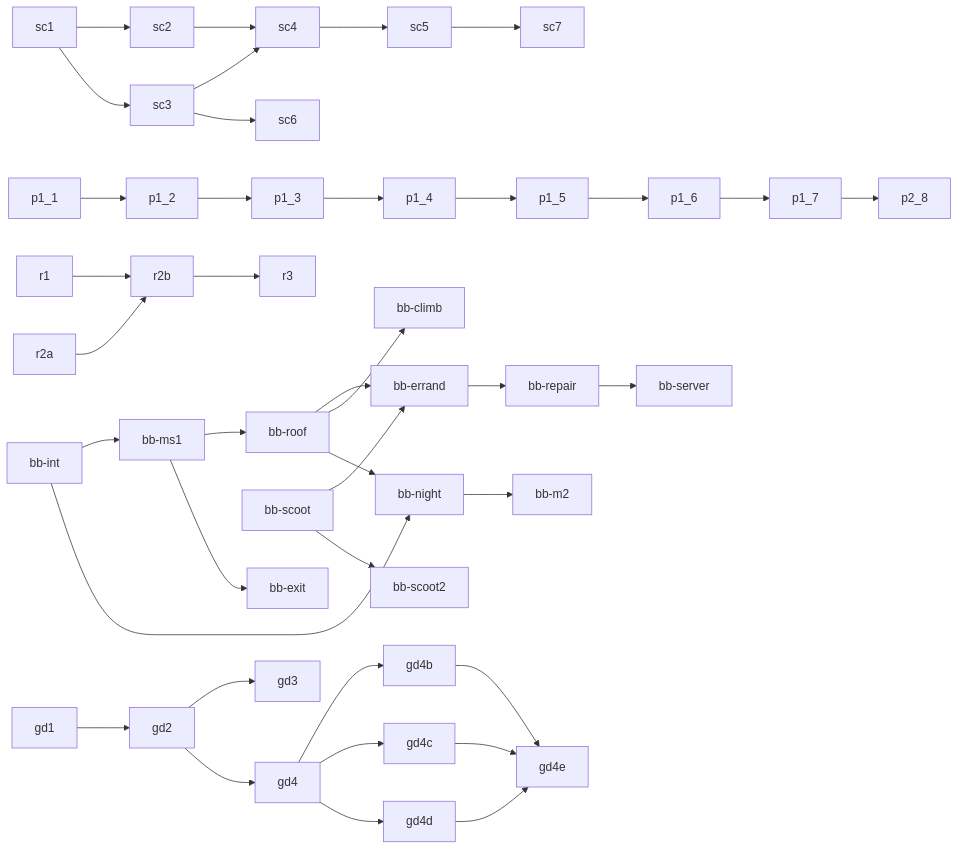
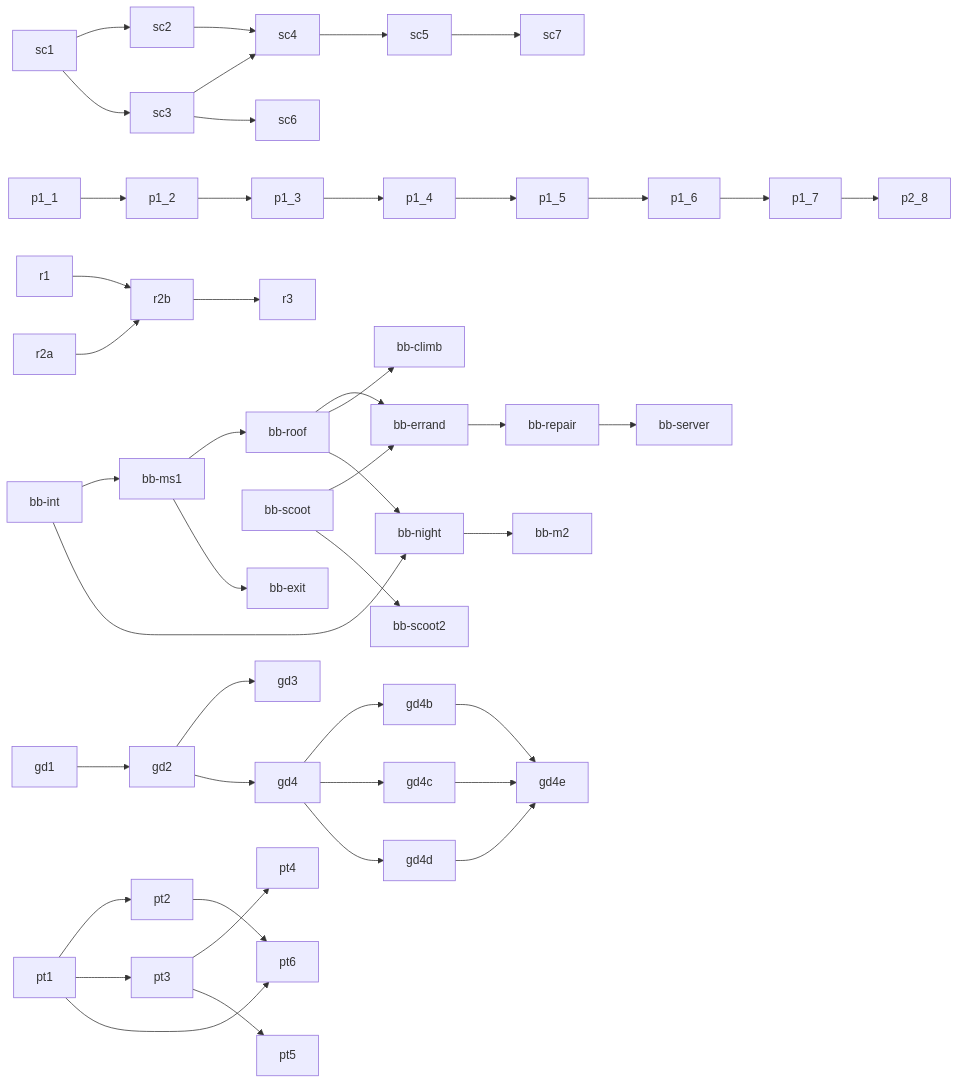
One commit to Cal-Starfur/Tipsy changed the diagram in build_queue.md. Above: the diagram before and after it, drawn with Mermaid. The commit also changed other lines of this file and 4 other files, not shown here.

````diff
--- a/build_queue.md
+++ b/build_queue.md
@@ -7,41 +7,47 @@
 ```mermaid
 graph LR
   sc1 --> sc2
   sc1 --> sc3
   sc2 --> sc4
   sc3 --> sc4
   sc4 --> sc5
   sc3 --> sc6
   sc5 --> sc7
   p1_1 --> p1_2
   p1_2 --> p1_3
   p1_3 --> p1_4
   p1_4 --> p1_5
   p1_5 --> p1_6
   p1_6 --> p1_7
   p1_7 --> p2_8
   r1 --> r2b
   r2a --> r2b
   r2b --> r3
   bb-int --> bb-ms1
   bb-ms1 --> bb-roof
   bb-roof --> bb-errand
   bb-scoot --> bb-errand
   bb-errand --> bb-repair
   bb-repair --> bb-server
   bb-ms1 --> bb-exit
   bb-roof --> bb-climb
   bb-scoot --> bb-scoot2
   bb-int --> bb-night
   bb-roof --> bb-night
   bb-night --> bb-m2
   gd1 --> gd2
   gd2 --> gd3
   gd2 --> gd4
   gd4 --> gd4b
   gd4 --> gd4c
   gd4 --> gd4d
   gd4b --> gd4e
   gd4c --> gd4e
   gd4d --> gd4e
+  pt1 --> pt2
+  pt1 --> pt3
+  pt3 --> pt4
+  pt3 --> pt5
+  pt1 --> pt6
+  pt2 --> pt6
 ```
````
